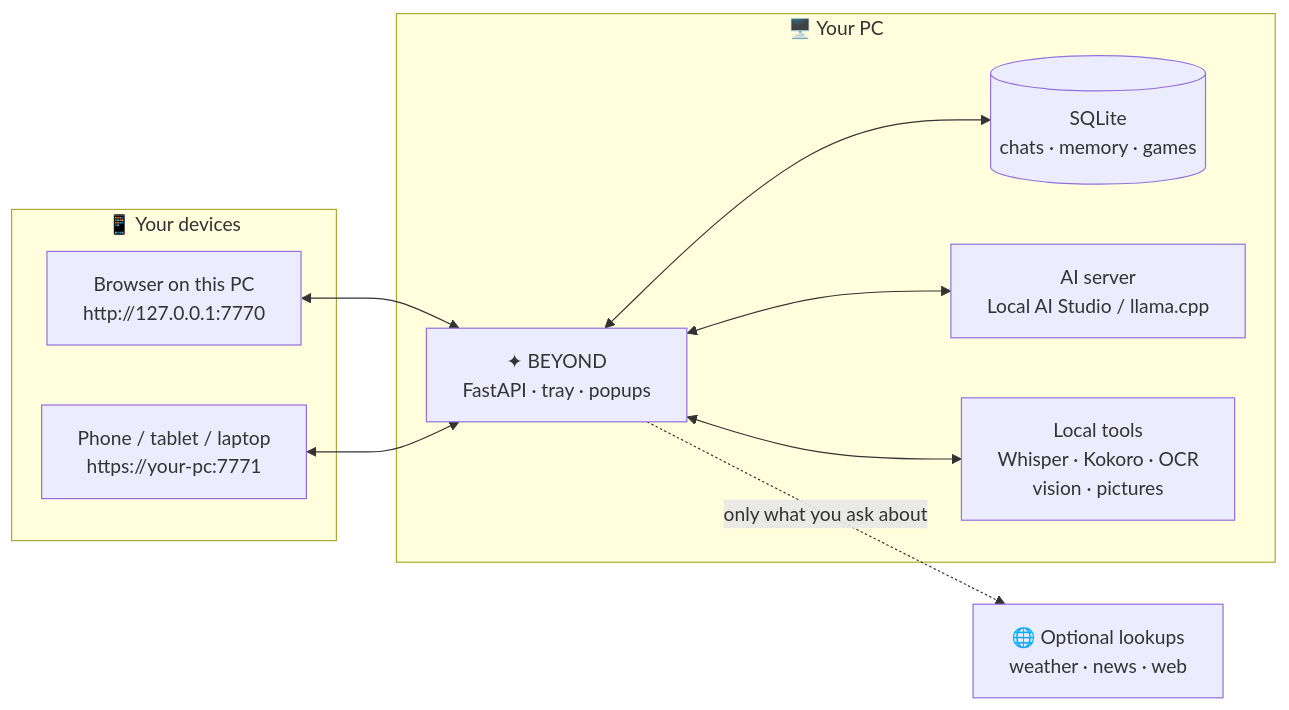
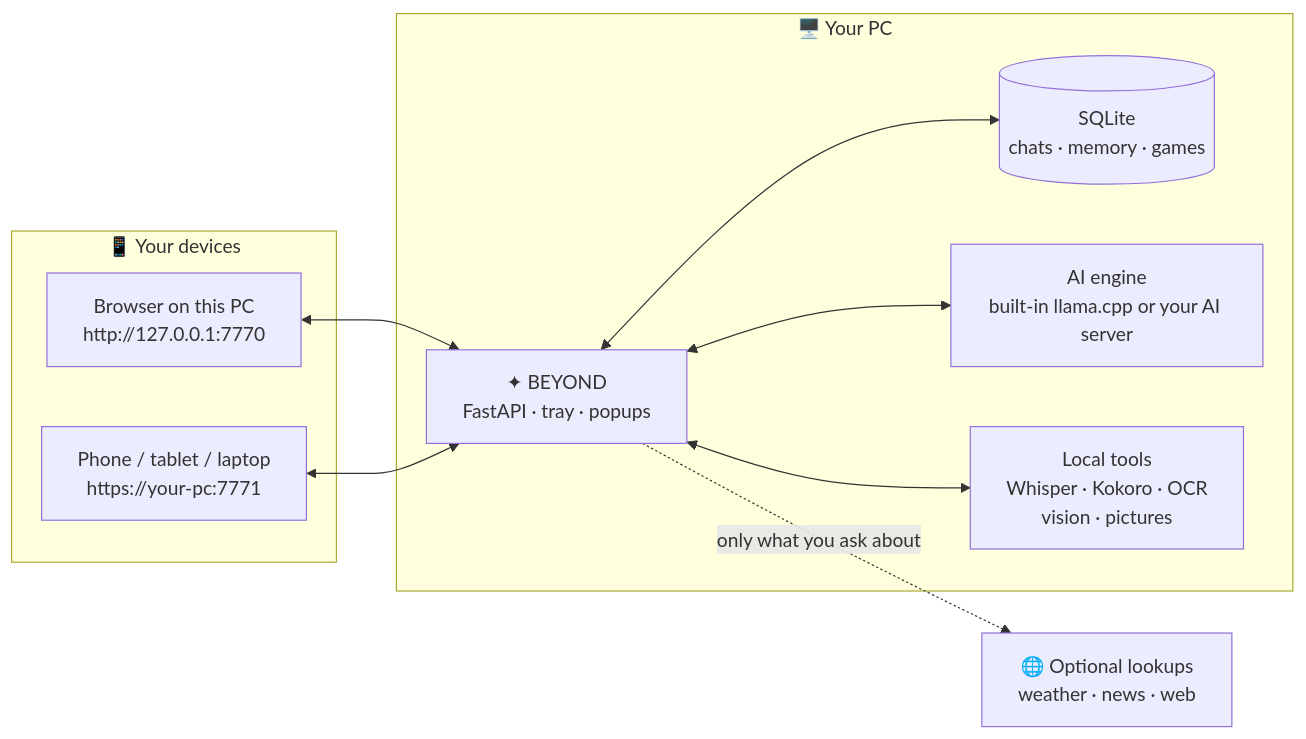
Before and after one commit to jeremystevens/beyond: the diagram in README.md, drawn with Mermaid. The commit also changed other lines of this file and 13 other files, not shown here.

````diff
--- a/README.md
+++ b/README.md
@@ -166,20 +168,20 @@
 ```mermaid
 flowchart LR
     subgraph Devices["📱 Your devices"]
         B1["Browser on this PC<br/>http://127.0.0.1:7770"]
         B2["Phone / tablet / laptop<br/>https://your-pc:7771"]
     end
     subgraph PC["🖥️ Your PC"]
         BE["✦ BEYOND<br/>FastAPI · tray · popups"]
         DB[("SQLite<br/>chats · memory · games")]
-        AI["AI server<br/>Local AI Studio / llama.cpp"]
+        AI["AI engine<br/>built-in llama.cpp or your AI server"]
         LT["Local tools<br/>Whisper · Kokoro · OCR<br/>vision · pictures"]
     end
     NET["🌐 Optional lookups<br/>weather · news · web"]
     B1 <--> BE
     B2 <--> BE
     BE <--> DB
     BE <--> AI
     BE <--> LT
     BE -. "only what you ask about" .-> NET
 ```
````
